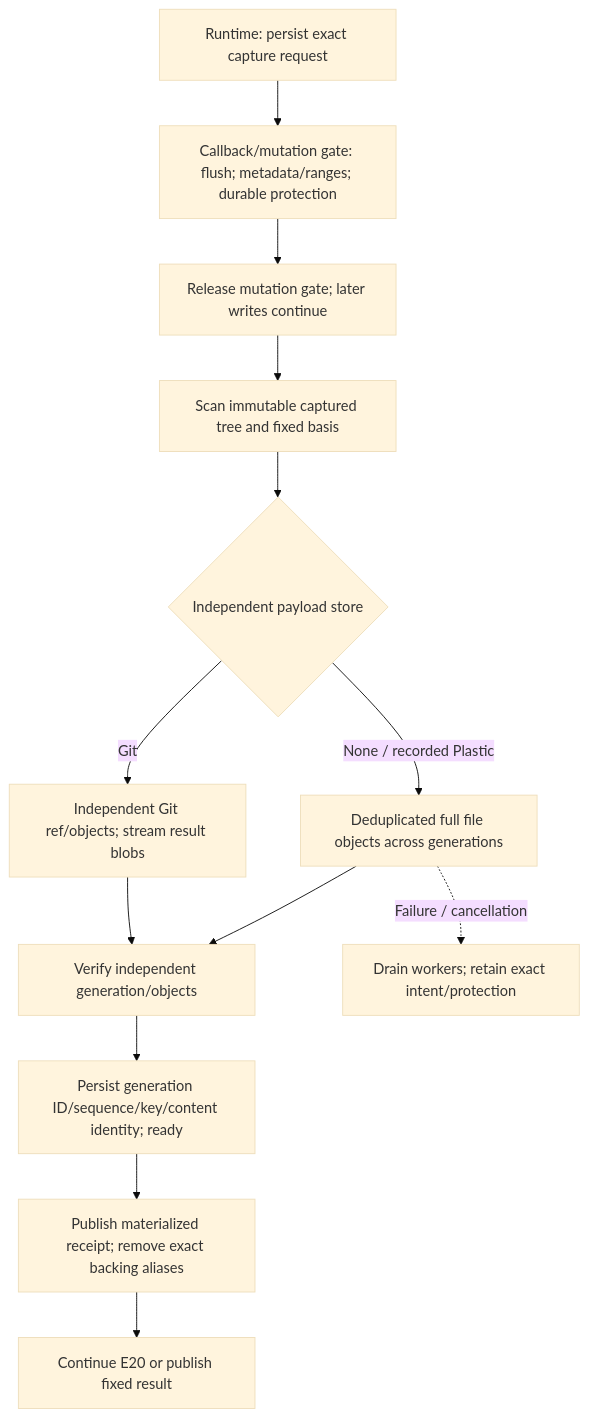
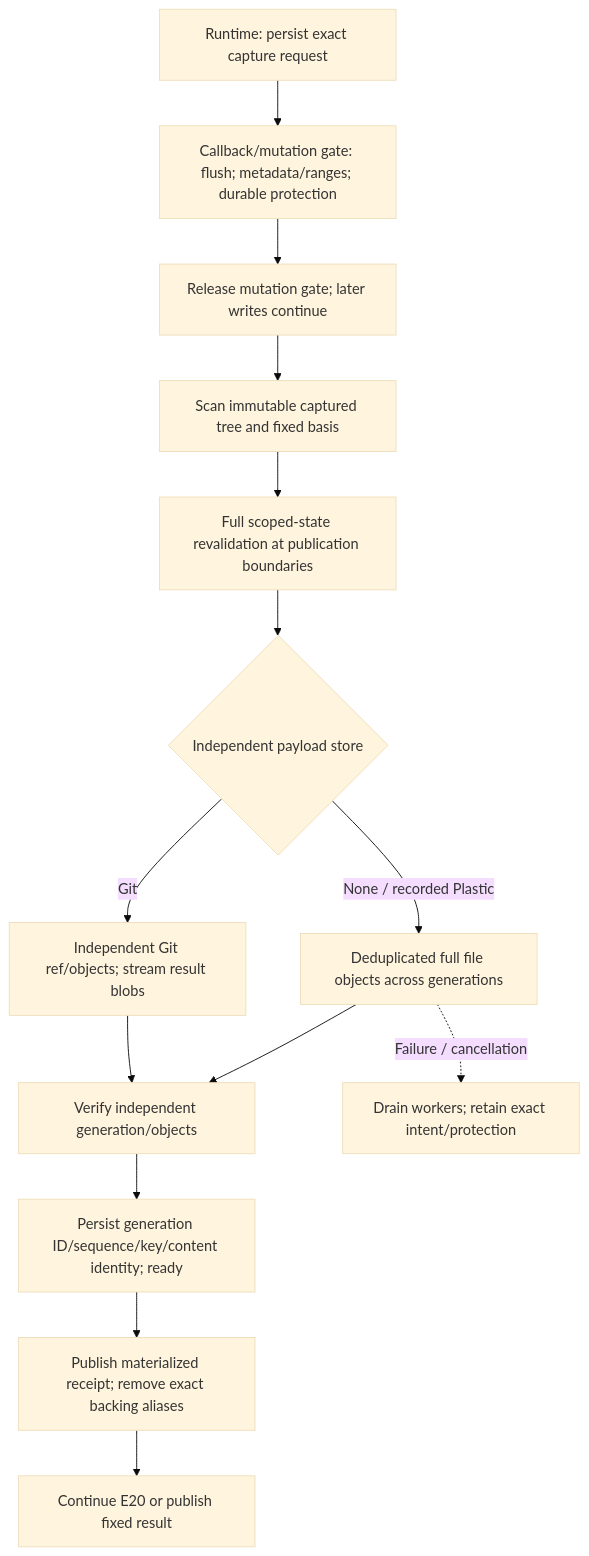
The fifth of 6 diagrams in docs/lifecycle-optimization-map.md (olivecrow/splinter), drawn with Mermaid (base theme) before and after one commit. The commit also changed other lines of this file and 23 other files, not shown here.

````diff
--- a/docs/lifecycle-optimization-map.md
+++ b/docs/lifecycle-optimization-map.md
@@ -260,15 +260,16 @@
 ```mermaid
 flowchart TD
   Intent["Runtime: persist exact capture request"] --> Freeze["Callback/mutation gate: flush; metadata/ranges; durable protection"]
   Freeze --> Continue["Release mutation gate; later writes continue"]
   Continue --> Scan["Scan immutable captured tree and fixed basis"]
-  Scan --> Route{"Independent payload store"}
+  Scan --> Boundary["Full scoped-state revalidation at publication boundaries"]
+  Boundary --> Route{"Independent payload store"}
   Route -->|Git| Git["Independent Git ref/objects; stream result blobs"]
   Route -->|None / recorded Plastic| Files["Deduplicated full file objects across generations"]
   Git --> Proof["Verify independent generation/objects"]
   Files --> Proof
   Proof --> Commit["Persist generation ID/sequence/key/content identity; ready"]
   Commit --> Unpin["Publish materialized receipt; remove exact backing aliases"]
   Files -.->|Failure / cancellation| Drain["Drain workers; retain exact intent/protection"]
   Unpin --> Next["Continue E20 or publish fixed result"]
 ```
````
